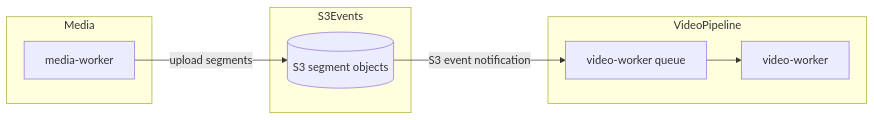
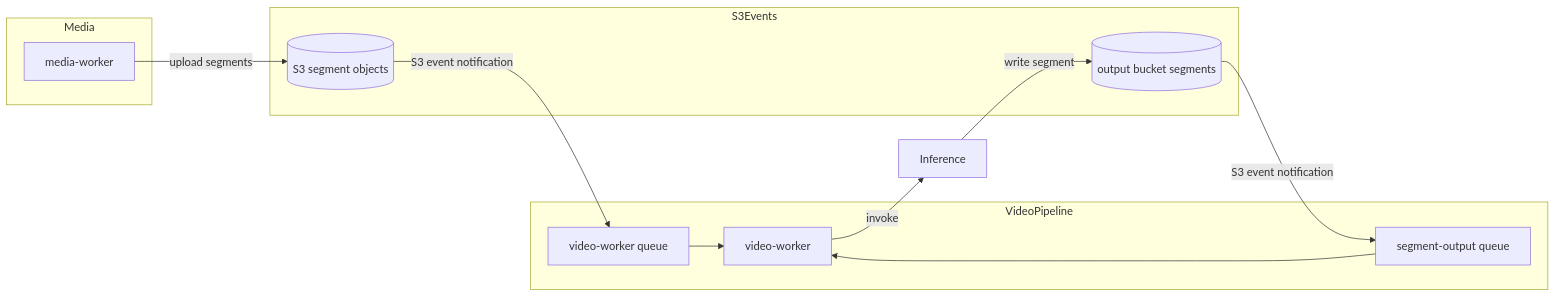
The third of 7 diagrams in ARCHITECTURE.md (alexpialetski/stereo-spot), drawn with Mermaid before and after one commit. The commit also changed other lines of this file and 25 other files, not shown here.

First line of the commit message:
feat(video-worker): segment completion via output-bucket S3 to SQS

````diff
--- a/ARCHITECTURE.md
+++ b/ARCHITECTURE.md
@@ -174,17 +178,23 @@
 ```mermaid
 flowchart LR
     subgraph Media
         MW[media-worker]
     end
     subgraph S3Events
         S3Seg[(S3 segment objects)]
+        S3Out[(output bucket segments)]
     end
     subgraph VideoPipeline
         VQ[video-worker queue]
+        SegOutQ[segment-output queue]
         VW[video-worker]
     end
 
     MW -->|upload segments| S3Seg
     S3Seg -->|S3 event notification| VQ
     VQ --> VW
+    VW -->|invoke| SM[Inference]
+    SM -->|write segment| S3Out
+    S3Out -->|S3 event notification| SegOutQ
+    SegOutQ --> VW
 ```
````
